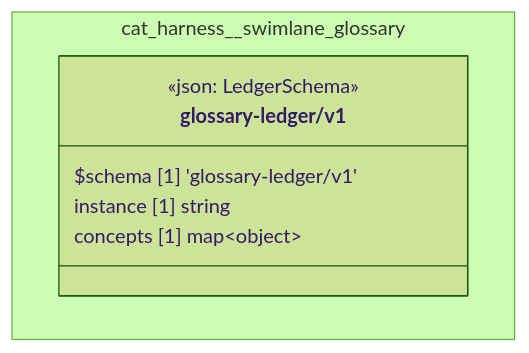
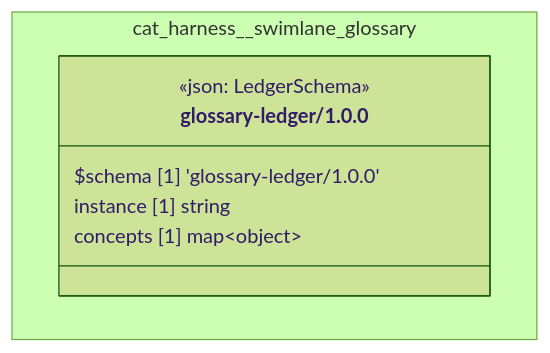
Before and after one commit to litlfred/folio-assistant: the diagram in cat-harness/docs/uml/overview/cat-harness/swimlane-glossary.md, drawn with Mermaid (forest theme). The commit also changed 332 other files, not shown here.

````diff
--- a/cat-harness/docs/uml/overview/cat-harness/swimlane-glossary.md
+++ b/cat-harness/docs/uml/overview/cat-harness/swimlane-glossary.md
@@ -42,13 +42,13 @@
 ```mermaid
 classDiagram
   direction TB
   namespace cat_harness__swimlane_glossary {
-    class cat_harness_swimlane_glossary_glossary_ledger_v1_glossary_ledger_v1["glossary-ledger/v1"] {
+    class cat_harness_swimlane_glossary_glossary_ledger_1_0_0_glossary_ledger_1_0_0["glossary-ledger/1.0.0"] {
       <<json: LedgerSchema>>
-      $schema [1] 'glossary-ledger/v1'
+      $schema [1] 'glossary-ledger/1.0.0'
       instance [1] string
       concepts [1] map~object~
     }
   }
-  cssClass "cat_harness_swimlane_glossary_glossary_ledger_v1_glossary_ledger_v1" fa_uml_kind_swimlane_glossary
+  cssClass "cat_harness_swimlane_glossary_glossary_ledger_1_0_0_glossary_ledger_1_0_0" fa_uml_kind_swimlane_glossary
 ```
````
